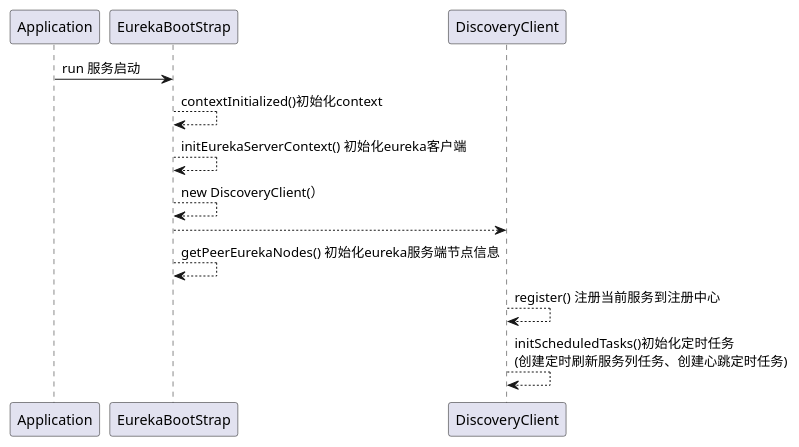
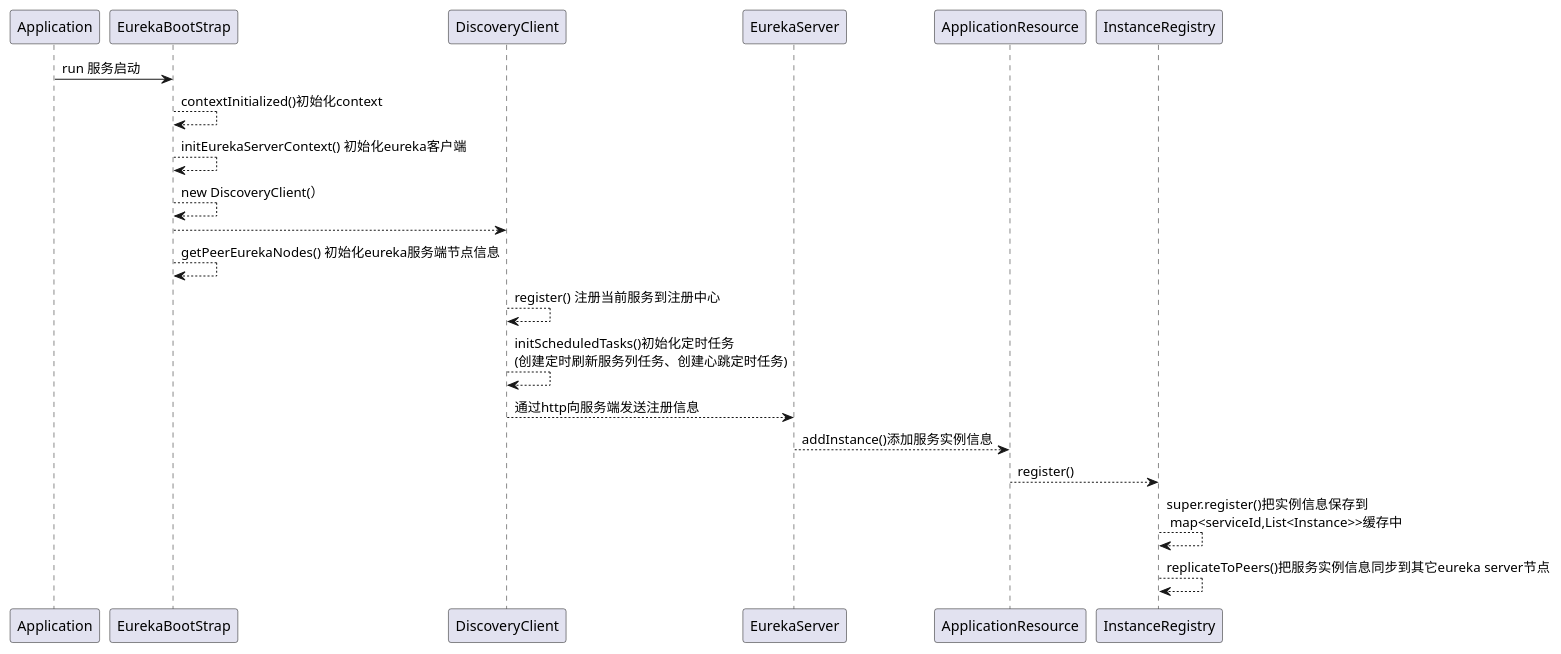
The diagram in doc/eureka-client-start.puml (evefost/spring-cloud-demo), drawn with PlantUML before and after one commit. The commit also changed 4 other files, not shown here.

```diff
--- a/doc/eureka-client-start.puml
+++ b/doc/eureka-client-start.puml
@@ -1,10 +1,15 @@
 @startuml
 Application -> EurekaBootStrap:run 服务启动
 EurekaBootStrap --> EurekaBootStrap:contextInitialized()初始化context
 EurekaBootStrap --> EurekaBootStrap:initEurekaServerContext() 初始化eureka客户端
 EurekaBootStrap --> EurekaBootStrap:new DiscoveryClient(）
 EurekaBootStrap --> DiscoveryClient:
 EurekaBootStrap --> EurekaBootStrap:getPeerEurekaNodes() 初始化eureka服务端节点信息
 DiscoveryClient --> DiscoveryClient:register() 注册当前服务到注册中心
 DiscoveryClient --> DiscoveryClient:initScheduledTasks()初始化定时任务\n(创建定时刷新服务列任务、创建心跳定时任务)
+DiscoveryClient --> EurekaServer:通过http向服务端发送注册信息
+EurekaServer --> ApplicationResource:addInstance()添加服务实例信息
+ApplicationResource --> InstanceRegistry:register()
+InstanceRegistry --> InstanceRegistry:super.register()把实例信息保存到\n map<serviceId,List<Instance>>缓存中
+InstanceRegistry -->  InstanceRegistry:replicateToPeers()把服务实例信息同步到其它eureka server节点
 @enduml
```
